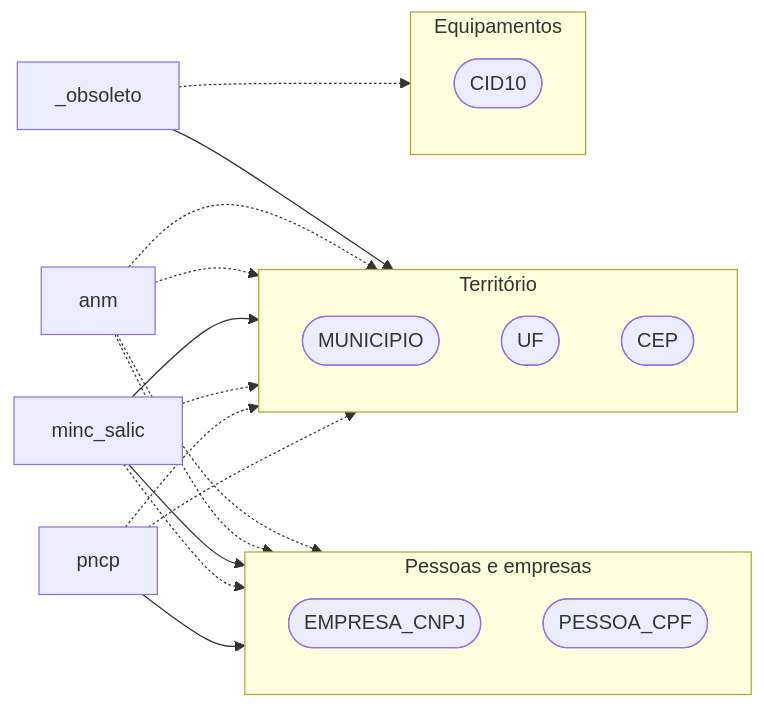
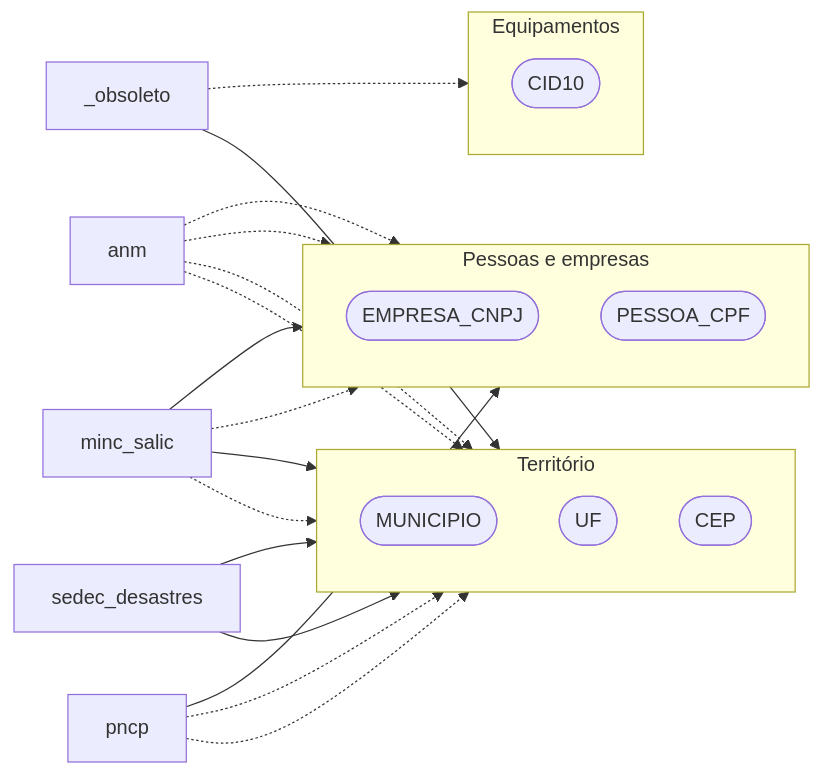
Diagram 12 of 12 in docs/Flow.md (rafapolo/rodado), drawn with Mermaid before and after one commit. The commit also changed other lines of this file and 11 other files, not shown here.

````diff
--- a/docs/Flow.md
+++ b/docs/Flow.md
@@ -969,35 +1021,38 @@
 ```mermaid
 flowchart LR
     outros__obsoleto["_obsoleto"]
     outros_br_anm["anm"]
     outros_br_minc_salic["minc_salic"]
     outros_br_pncp["pncp"]
+    outros_br_sedec_desastres["sedec_desastres"]
     subgraph outros_g_territ_rio["Território"]
         direction TB
         outros_MUNICIPIO(["MUNICIPIO"])
         outros_UF(["UF"])
         outros_CEP(["CEP"])
     end
     subgraph outros_g_pessoas_e_empresas["Pessoas e empresas"]
         direction TB
         outros_EMPRESA_CNPJ(["EMPRESA_CNPJ"])
         outros_PESSOA_CPF(["PESSOA_CPF"])
     end
     subgraph outros_g_equipamentos["Equipamentos"]
         direction TB
         outros_CID10(["CID10"])
     end
     outros__obsoleto -.-> outros_CID10
     outros__obsoleto --> outros_MUNICIPIO
     outros_br_anm -.-> outros_EMPRESA_CNPJ
     outros_br_anm -.-> outros_MUNICIPIO
     outros_br_anm -.-> outros_PESSOA_CPF
     outros_br_anm -.-> outros_UF
     outros_br_minc_salic --> outros_CEP
     outros_br_minc_salic --> outros_EMPRESA_CNPJ
     outros_br_minc_salic -.-> outros_PESSOA_CPF
     outros_br_minc_salic -.-> outros_UF
     outros_br_pncp --> outros_EMPRESA_CNPJ
     outros_br_pncp -.-> outros_MUNICIPIO
     outros_br_pncp -.-> outros_UF
+    outros_br_sedec_desastres --> outros_MUNICIPIO
+    outros_br_sedec_desastres --> outros_UF
 ```
````
